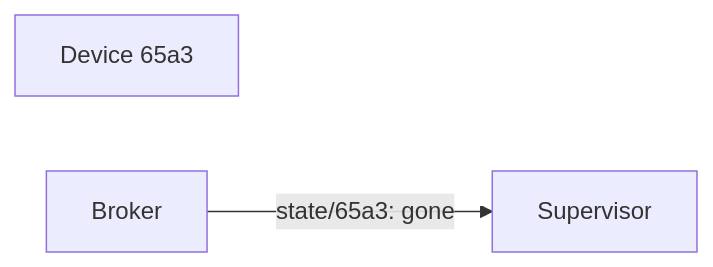
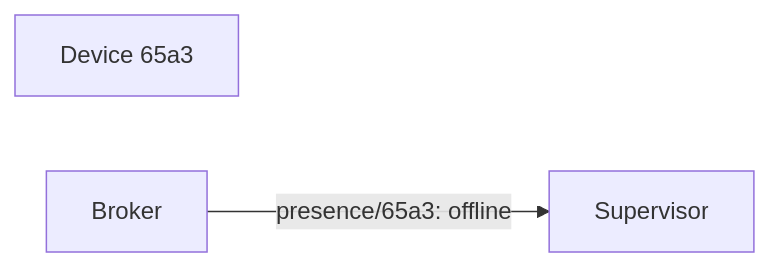
Before and after one commit to rsmp-nordic/core_v4: the third of 3 diagrams in docs/pages/presence.md, drawn with Mermaid. The commit also changed other lines of this file, not shown here.

````diff
--- a/docs/pages/presence.md
+++ b/docs/pages/presence.md
@@ -42,5 +41,5 @@
 ```mermaid
  graph LR;
       A[Device 65a3]
-      Broker-->|state/65a3: gone| Supervisor;
+      Broker-->|presence/65a3: offline| Supervisor;
 ```
````
